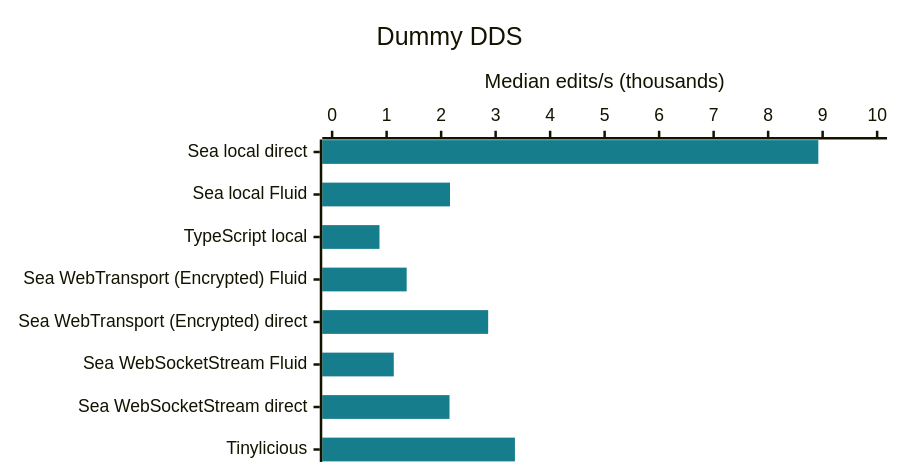
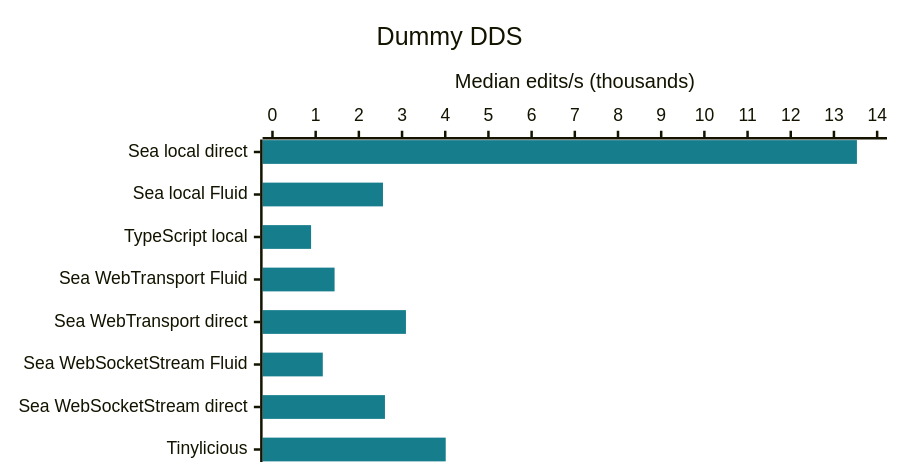
Before and after one commit to microsoft/FluidFramework: the fifth of 6 diagrams in rust-service/historical/PROJECT_OVERVIEW.md, drawn with Mermaid. The commit also changed other lines of this file and 4 other files, not shown here.

````diff
--- a/rust-service/historical/PROJECT_OVERVIEW.md
+++ b/rust-service/historical/PROJECT_OVERVIEW.md
@@ -350,15 +261,15 @@
 ```mermaid
 ---
 config:
   xyChart:
     height: 360
   themeVariables:
     xyChart:
       plotColorPalette: "#167d8d"
 ---
 xychart-beta horizontal
   title "Dummy DDS"
-  x-axis ["Sea local direct", "Sea local Fluid", "TypeScript local", "Sea WebTransport (Encrypted) Fluid", "Sea WebTransport (Encrypted) direct", "Sea WebSocketStream Fluid", "Sea WebSocketStream direct", "Tinylicious"]
-  y-axis "Median edits/s (thousands)" 0 --> 10
-  bar [8.921, 2.163, 0.869, 1.368, 2.863, 1.131, 2.154, 3.354]
+  x-axis ["Sea local direct", "Sea local Fluid", "TypeScript local", "Sea WebTransport Fluid", "Sea WebTransport direct", "Sea WebSocketStream Fluid", "Sea WebSocketStream direct", "Tinylicious"]
+  y-axis "Median edits/s (thousands)" 0 --> 14
+  bar [13.532, 2.558, 0.894, 1.438, 3.090, 1.165, 2.604, 4.011]
 ```
````
